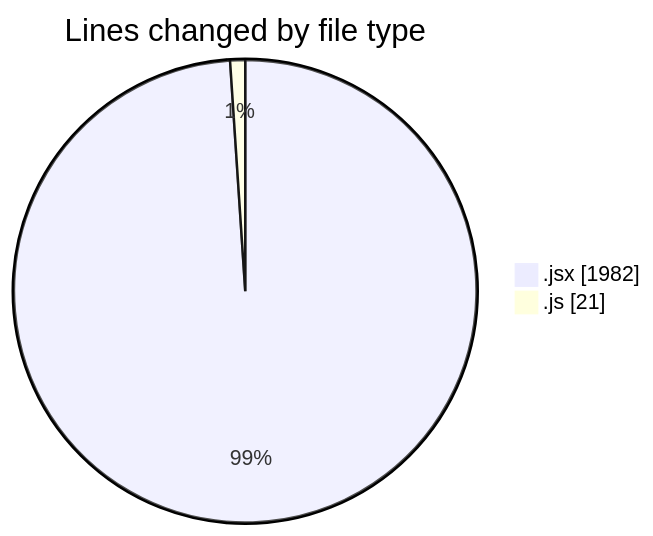
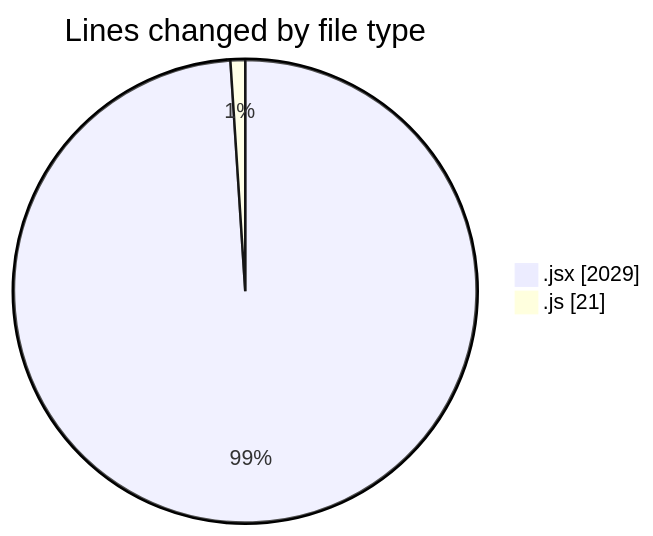
One commit to nxtqubesakshisongat/code-tracking changed the first of 2 diagrams in 2025-08-03/nxtqube_webapp/README.md. Above: the diagram before and after it, drawn with Mermaid. The commit also changed other lines of this file and 1 other file, not shown here.

````diff
--- a/2025-08-03/nxtqube_webapp/README.md
+++ b/2025-08-03/nxtqube_webapp/README.md
@@ -24,6 +24,6 @@
 ```mermaid
 pie showData
 title Lines changed by file type
-".jsx" : 1982
+".jsx" : 2029
 ".js" : 21
 ```
````
